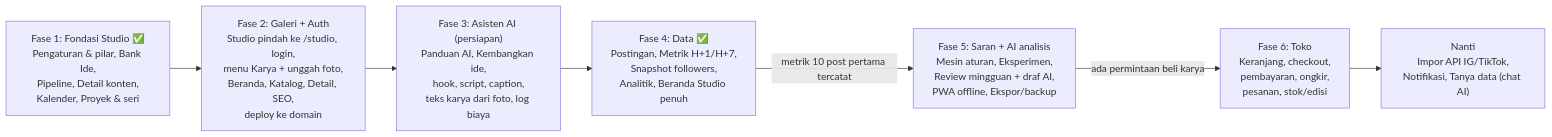
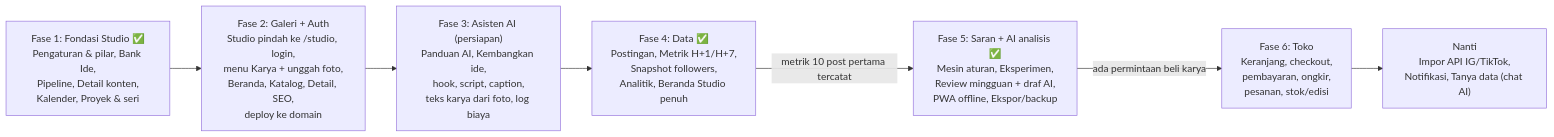
The second of 2 diagrams in docs/PRD.md (Andisurya01/cula-art), drawn with Mermaid before and after one commit. The commit also changed other lines of this file and 3 other files, not shown here.

````diff
--- a/docs/PRD.md
+++ b/docs/PRD.md
@@ -675,16 +696,16 @@
 ```mermaid
 flowchart LR
   F1["Fase 1: Fondasi Studio ✅<br/>Pengaturan & pilar, Bank Ide,<br/>Pipeline, Detail konten,<br/>Kalender, Proyek & seri"]
   F2["Fase 2: Galeri + Auth<br/>Studio pindah ke /studio, login,<br/>menu Karya + unggah foto,<br/>Beranda, Katalog, Detail, SEO,<br/>deploy ke domain"]
   F3["Fase 3: Asisten AI (persiapan)<br/>Panduan AI, Kembangkan ide,<br/>hook, script, caption,<br/>teks karya dari foto, log biaya"]
   F4["Fase 4: Data ✅<br/>Postingan, Metrik H+1/H+7,<br/>Snapshot followers,<br/>Analitik, Beranda Studio penuh"]
-  F5["Fase 5: Saran + AI analisis<br/>Mesin aturan, Eksperimen,<br/>Review mingguan + draf AI,<br/>PWA offline, Ekspor/backup"]
+  F5["Fase 5: Saran + AI analisis ✅<br/>Mesin aturan, Eksperimen,<br/>Review mingguan + draf AI,<br/>PWA offline, Ekspor/backup"]
   F6["Fase 6: Toko<br/>Keranjang, checkout,<br/>pembayaran, ongkir,<br/>pesanan, stok/edisi"]
   F7["Nanti<br/>Impor API IG/TikTok,<br/>Notifikasi, Tanya data (chat AI)"]
   F1 --> F2
   F2 --> F3
   F3 --> F4
   F4 -->|"metrik 10 post pertama tercatat"| F5
   F5 -->|"ada permintaan beli karya"| F6
   F6 --> F7
 ```
````
